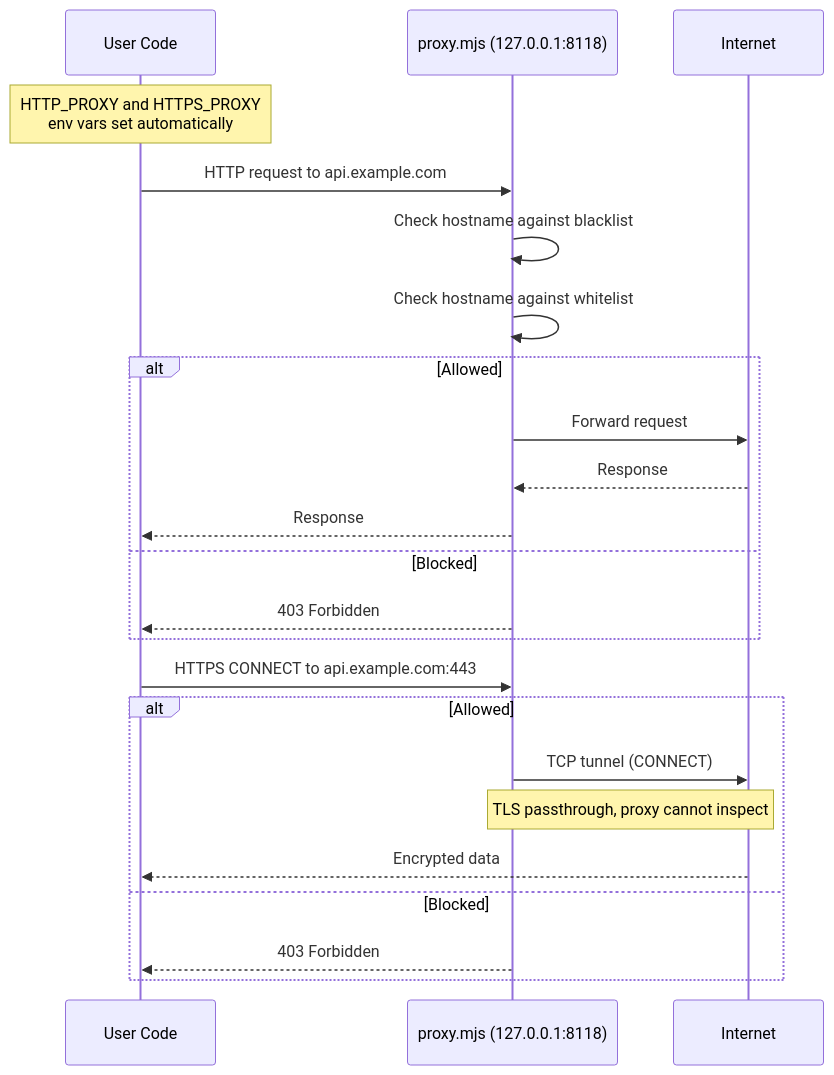
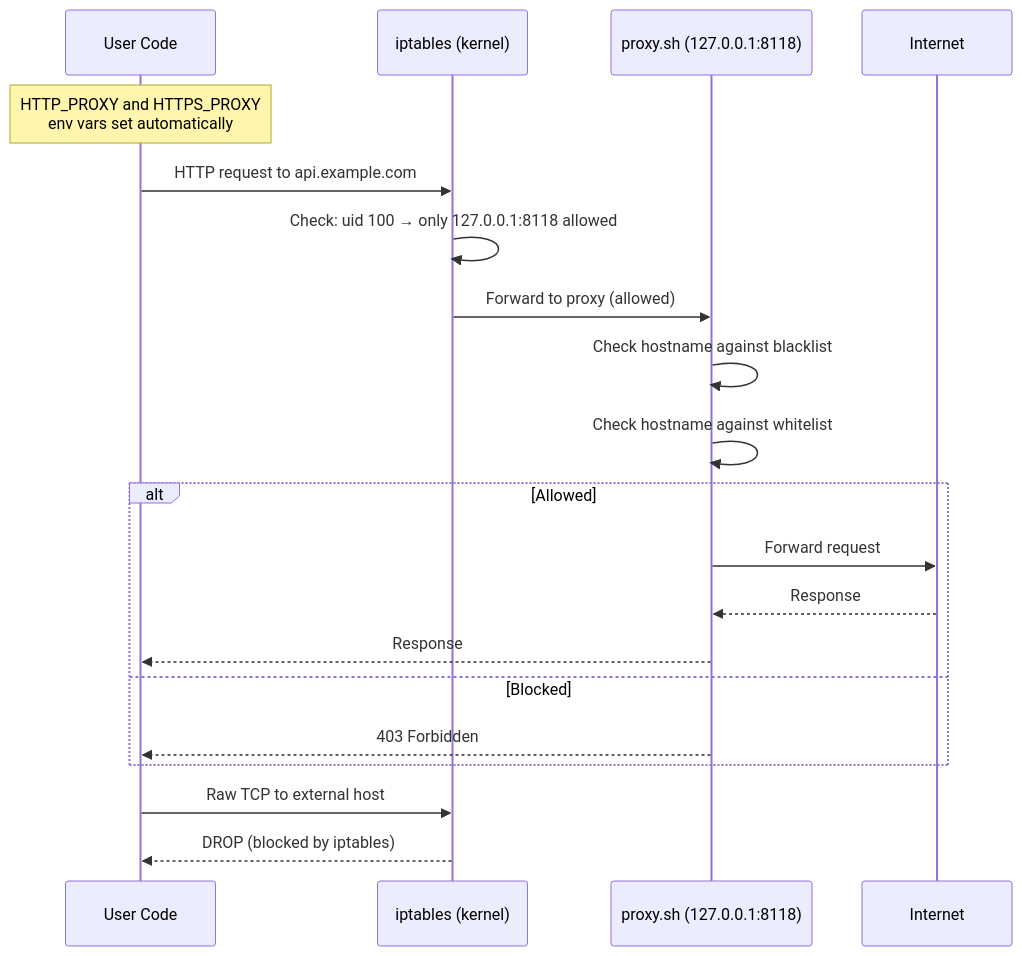
One commit to Illusion47586/isol8 changed the seventh of 10 diagrams in docs/architecture.mdx. Above: the diagram before and after it, drawn with Mermaid. The commit also changed other lines of this file and 26 other files, not shown here.

First line of the commit message:
fix: enforce network filtering with iptables to prevent raw socket bypass (#22)

````diff
--- a/docs/architecture.mdx
+++ b/docs/architecture.mdx
@@ -259,29 +259,26 @@
 ```mermaid
 sequenceDiagram
     participant Code as User Code
-    participant Proxy as proxy.mjs (127.0.0.1:8118)
+    participant IPT as iptables (kernel)
+    participant Proxy as proxy.sh (127.0.0.1:8118)
     participant Internet
 
     Note over Code: HTTP_PROXY and HTTPS_PROXY<br/>env vars set automatically
 
-    Code->>Proxy: HTTP request to api.example.com
+    Code->>IPT: HTTP request to api.example.com
+    IPT->>IPT: Check: uid 100 → only 127.0.0.1:8118 allowed
+    IPT->>Proxy: Forward to proxy (allowed)
     Proxy->>Proxy: Check hostname against blacklist
     Proxy->>Proxy: Check hostname against whitelist
 
     alt Allowed
         Proxy->>Internet: Forward request
         Internet-->>Proxy: Response
         Proxy-->>Code: Response
     else Blocked
         Proxy-->>Code: 403 Forbidden
     end
 
-    Code->>Proxy: HTTPS CONNECT to api.example.com:443
-    alt Allowed
-        Proxy->>Internet: TCP tunnel (CONNECT)
-        Note over Proxy,Internet: TLS passthrough, proxy cannot inspect
-        Internet-->>Code: Encrypted data
-    else Blocked
-        Proxy-->>Code: 403 Forbidden
-    end
+    Code->>IPT: Raw TCP to external host
+    IPT-->>Code: DROP (blocked by iptables)
 ```
````
